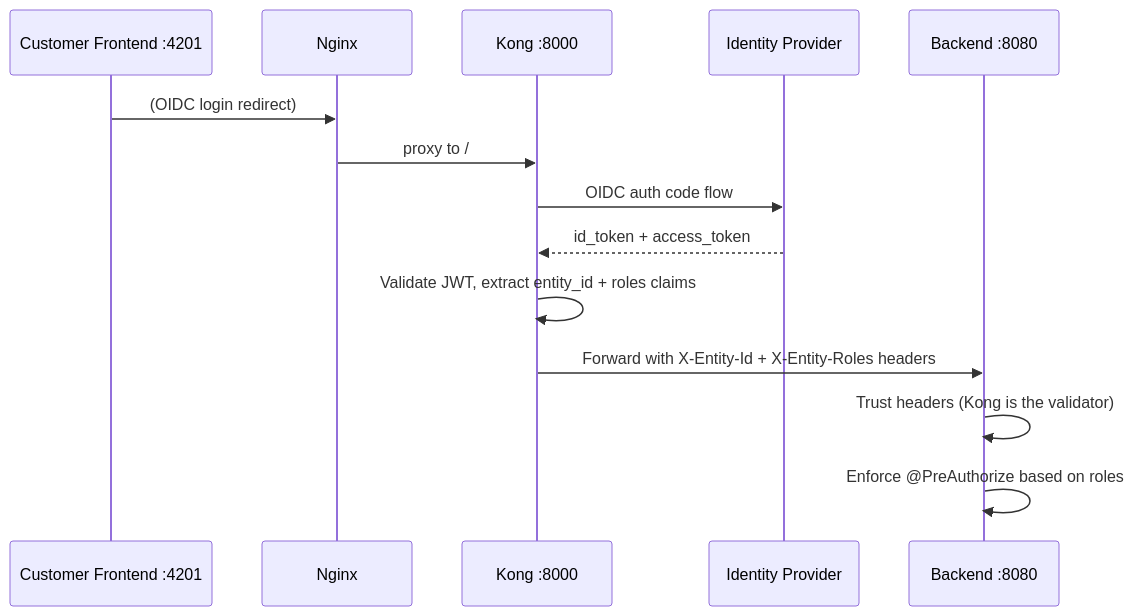
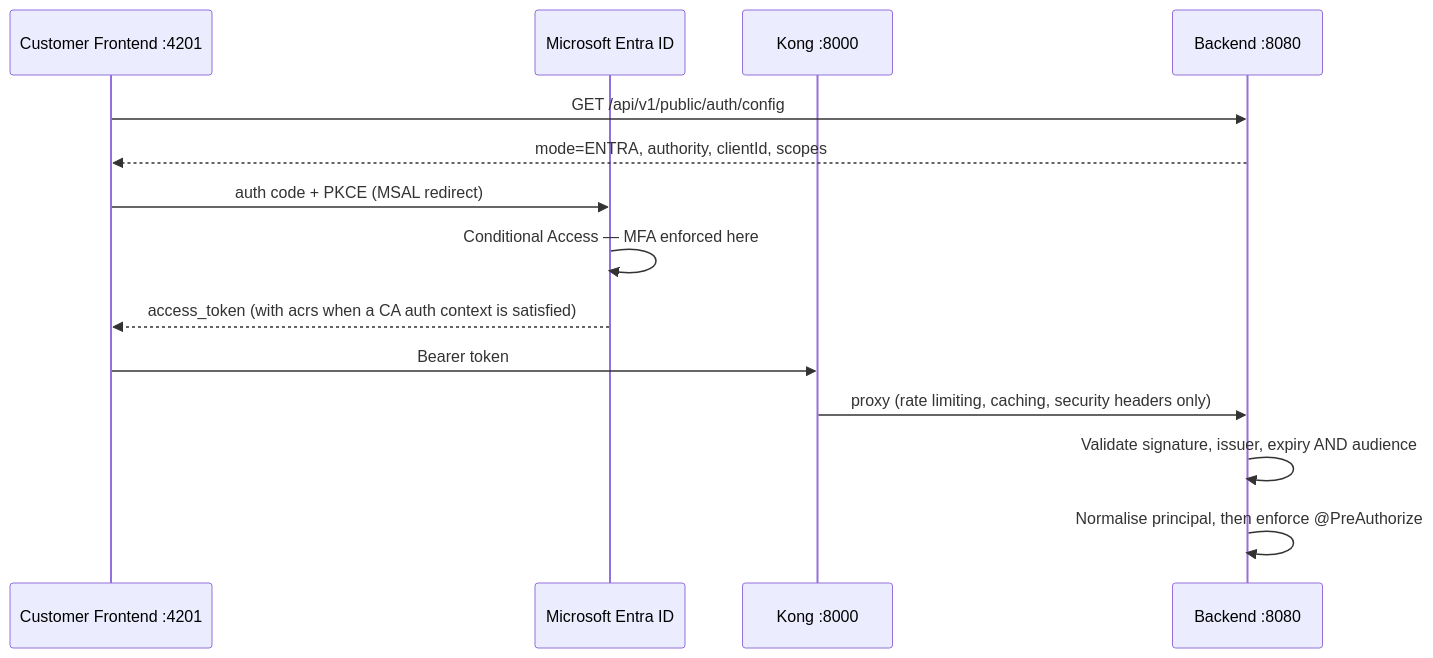
One commit to makibytes/registerwerk changed the second of 2 diagrams in docs/platform/security.md. Above: the diagram before and after it, drawn with Mermaid. The commit also changed other lines of this file and 121 other files, not shown here.

````diff
--- a/docs/platform/security.md
+++ b/docs/platform/security.md
@@ -50,17 +72,17 @@
 ```mermaid
 sequenceDiagram
     participant CustomerFE as Customer Frontend :4201
-    participant Nginx
+    participant Entra as Microsoft Entra ID
     participant Kong as Kong :8000
-    participant IdP as Identity Provider
     participant Backend as Backend :8080
 
-    CustomerFE->>Nginx: (OIDC login redirect)
-    Nginx->>Kong: proxy to /
-    Kong->>IdP: OIDC auth code flow
-    IdP-->>Kong: id_token + access_token
-    Kong->>Kong: Validate JWT, extract entity_id + roles claims
-    Kong->>Backend: Forward with X-Entity-Id + X-Entity-Roles headers
-    Backend->>Backend: Trust headers (Kong is the validator)
-    Backend->>Backend: Enforce @PreAuthorize based on roles
+    CustomerFE->>Backend: GET /api/v1/public/auth/config
+    Backend-->>CustomerFE: mode=ENTRA, authority, clientId, scopes
+    CustomerFE->>Entra: auth code + PKCE (MSAL redirect)
+    Entra->>Entra: Conditional Access — MFA enforced here
+    Entra-->>CustomerFE: access_token (with acrs when a CA auth context is satisfied)
+    CustomerFE->>Kong: Bearer token
+    Kong->>Backend: proxy (rate limiting, caching, security headers only)
+    Backend->>Backend: Validate signature, issuer, expiry AND audience
+    Backend->>Backend: Normalise principal, then enforce @PreAuthorize
 ```
````
